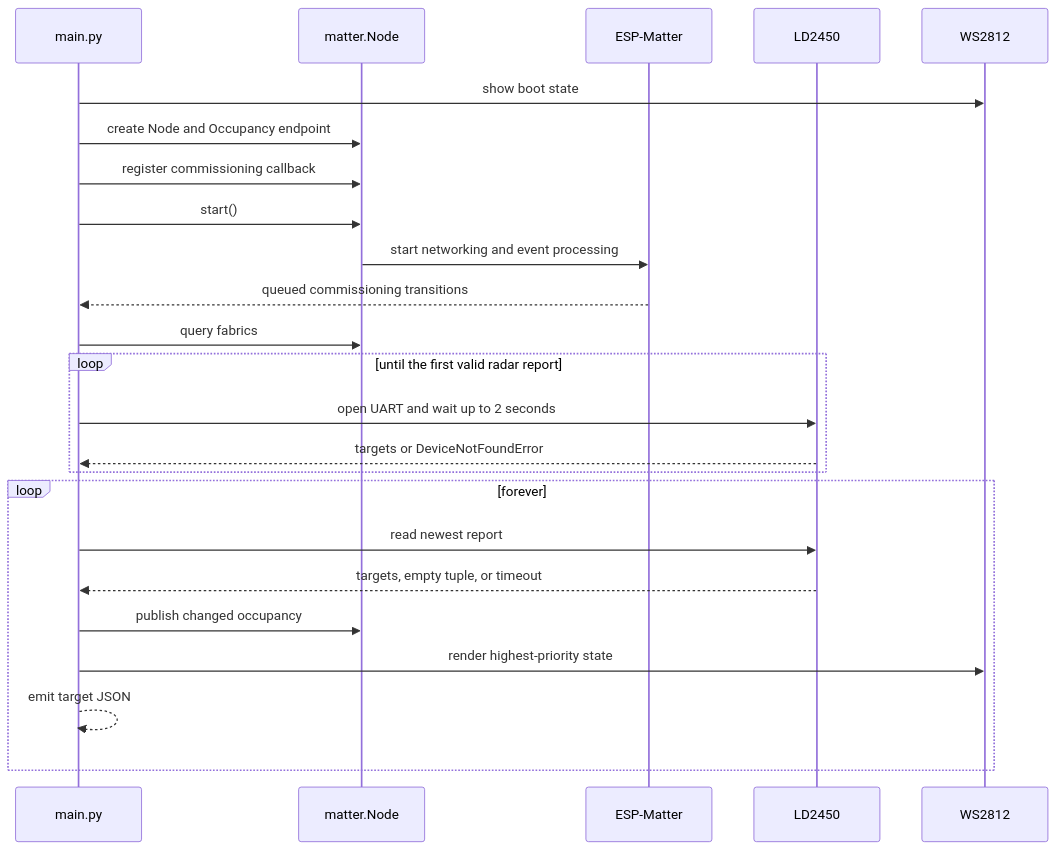
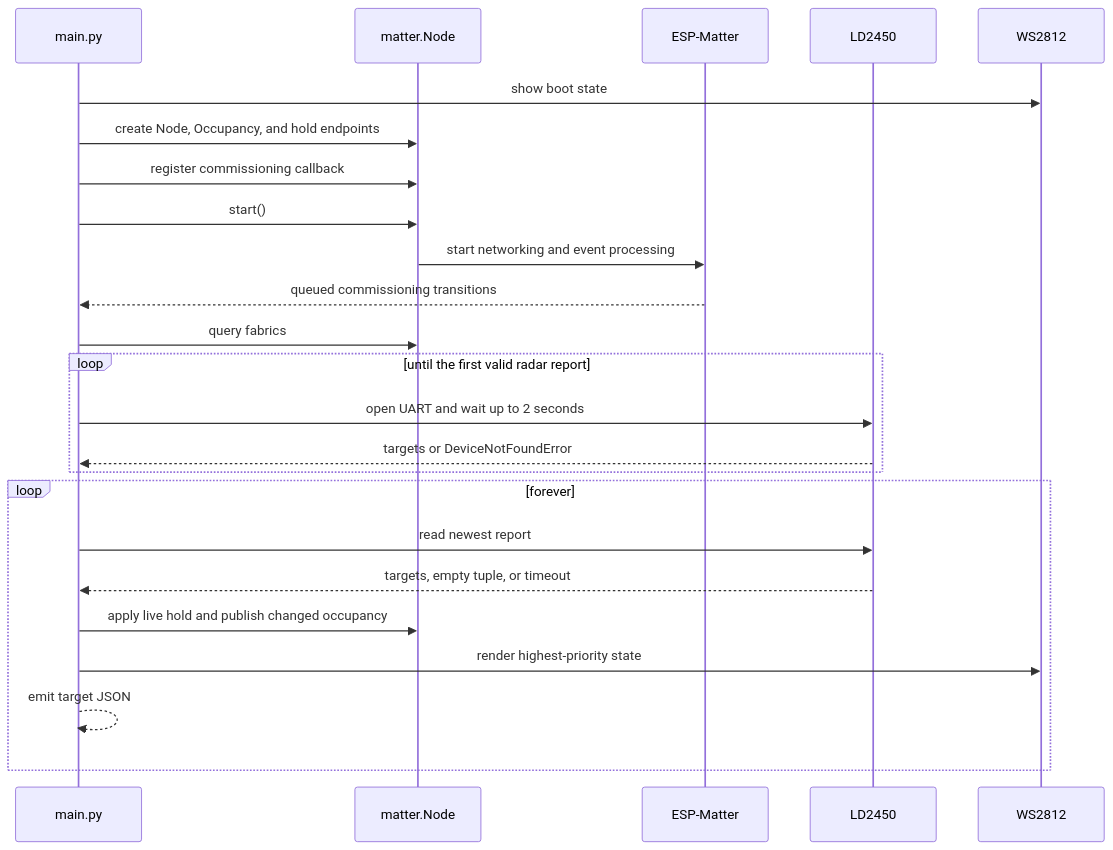
The second of 3 diagrams in projects/matter-ld2450/README.md (khlam/micropython-boardfarm), drawn with Mermaid before and after one commit. The commit also changed other lines of this file and 1 other file, not shown here.

Commit message:
virtual dimmable light configures how long occupancy remains on after the last valid target disappears. Reacquiring a target cancels the pending clear

````diff
--- a/projects/matter-ld2450/README.md
+++ b/projects/matter-ld2450/README.md
@@ -70,27 +92,27 @@
 ```mermaid
 sequenceDiagram
     participant App as main.py
     participant Matter as matter.Node
     participant CHIP as ESP-Matter
     participant Radar as LD2450
     participant LED as WS2812
 
     App->>LED: show boot state
-    App->>Matter: create Node and Occupancy endpoint
+    App->>Matter: create Node, Occupancy, and hold endpoints
     App->>Matter: register commissioning callback
     App->>Matter: start()
     Matter->>CHIP: start networking and event processing
     CHIP-->>App: queued commissioning transitions
     App->>Matter: query fabrics
     loop until the first valid radar report
         App->>Radar: open UART and wait up to 2 seconds
         Radar-->>App: targets or DeviceNotFoundError
     end
     loop forever
         App->>Radar: read newest report
         Radar-->>App: targets, empty tuple, or timeout
-        App->>Matter: publish changed occupancy
+        App->>Matter: apply live hold and publish changed occupancy
         App->>LED: render highest-priority state
         App-->>App: emit target JSON
     end
 ```
````
